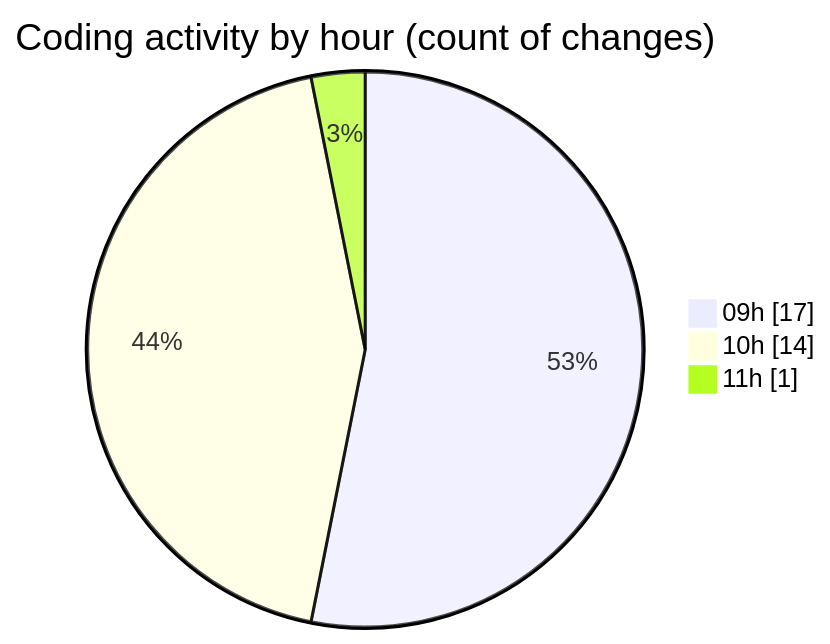
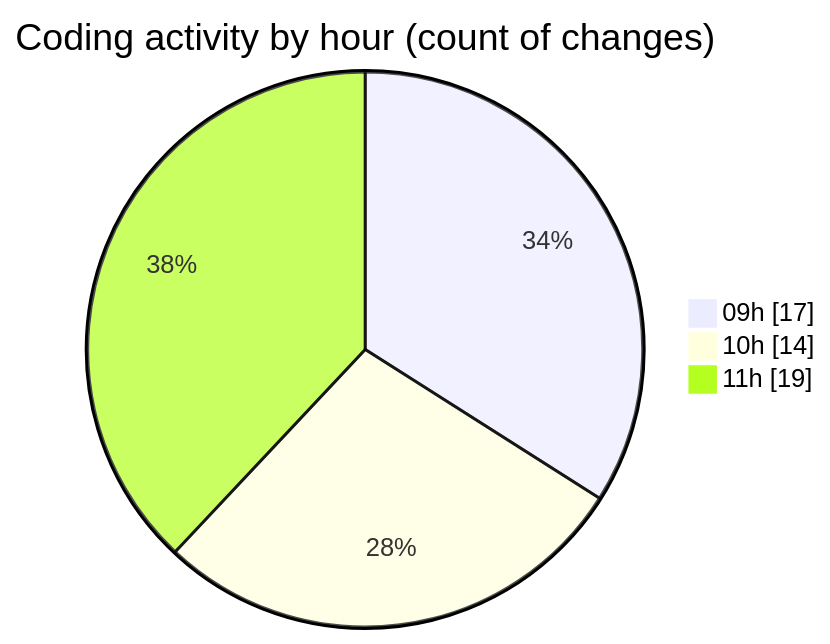
Before and after one commit to momahboobian/code-tracking: the second of 2 diagrams in 2026-04-28/cda/README.md, drawn with Mermaid. The commit also changed other lines of this file and 1 other file, not shown here.

````diff
--- a/2026-04-28/cda/README.md
+++ b/2026-04-28/cda/README.md
@@ -38,7 +46,7 @@
 ```mermaid
 pie showData
 title Coding activity by hour (count of changes)
 "09h" : 17
 "10h" : 14
-"11h" : 1
+"11h" : 19
 ```
````
